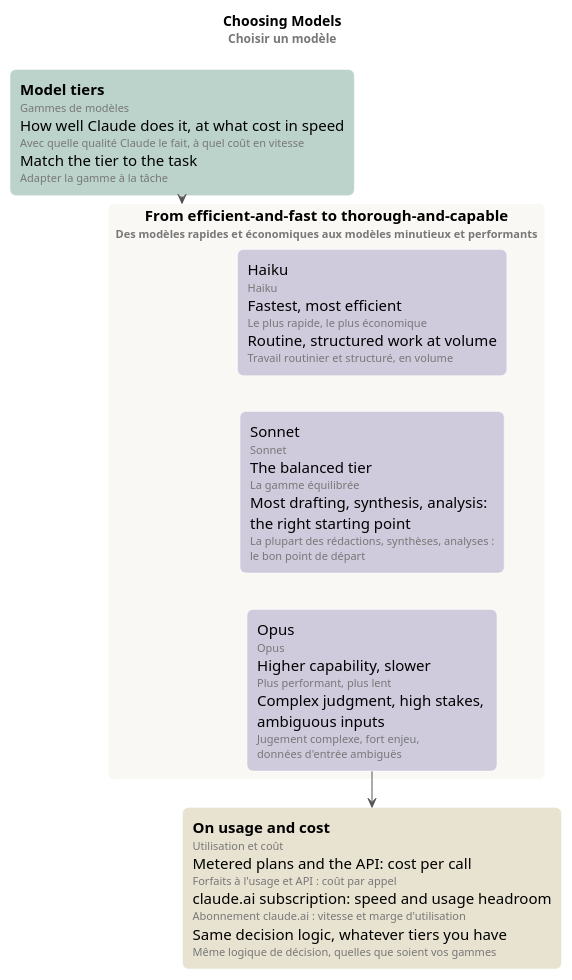
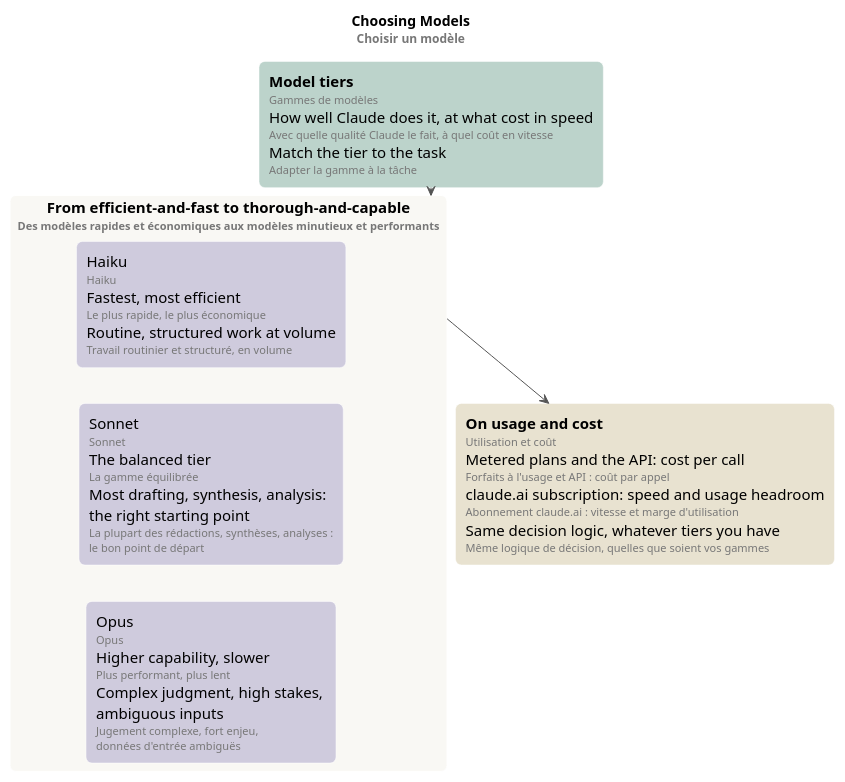
Before and after one commit to ltruchot/anthropic-academy-ai-glossary: the diagram in 03-claude-platform-and-model-foundations/mindmap/model-tiers.puml, drawn with PlantUML. The commit also changed 19 other files, not shown here.

```diff
--- a/03-claude-platform-and-model-foundations/mindmap/model-tiers.puml
+++ b/03-claude-platform-and-model-foundations/mindmap/model-tiers.puml
@@ -1,38 +1,38 @@
 @startuml model-tiers
 ' Render: java -jar plantuml.jar -tsvg model-tiers.puml (smetana: no Graphviz needed).
 !pragma layout smetana
 
 skinparam defaultFontName Helvetica
 skinparam shadowing false
 skinparam roundCorner 12
 skinparam ArrowColor #555555
 skinparam rectangle {
   BorderColor #FFFFFF
   FontSize 15
 }
 <style>
 rectangle {
   MinimumWidth 230
 }
 </style>
 
 title Choosing Models\n<size:12><color:#777>Choisir un modèle</color></size>
 
 rectangle "**Model tiers**\n<size:11><color:#777>Gammes de modèles</color></size>\nHow well Claude does it, at what cost in speed\n<size:11><color:#777>Avec quelle qualité Claude le fait, à quel coût en vitesse</color></size>\nMatch the tier to the task\n<size:11><color:#777>Adapter la gamme à la tâche</color></size>" as MT #BCD3CB
 
 rectangle "**From efficient-and-fast to thorough-and-capable**\n<size:11><color:#777>Des modèles rapides et économiques aux modèles minutieux et performants</color></size>" as RANGE #F9F8F4 {
   rectangle "Haiku\n<size:11><color:#777>Haiku</color></size>\nFastest, most efficient\n<size:11><color:#777>Le plus rapide, le plus économique</color></size>\nRoutine, structured work at volume\n<size:11><color:#777>Travail routinier et structuré, en volume</color></size>" as HA #CFCBDD
   rectangle "Sonnet\n<size:11><color:#777>Sonnet</color></size>\nThe balanced tier\n<size:11><color:#777>La gamme équilibrée</color></size>\nMost drafting, synthesis, analysis:\nthe right starting point\n<size:11><color:#777>La plupart des rédactions, synthèses, analyses :</color></size>\n<size:11><color:#777>le bon point de départ</color></size>" as SO #CFCBDD
   rectangle "Opus\n<size:11><color:#777>Opus</color></size>\nHigher capability, slower\n<size:11><color:#777>Plus performant, plus lent</color></size>\nComplex judgment, high stakes,\nambiguous inputs\n<size:11><color:#777>Jugement complexe, fort enjeu,</color></size>\n<size:11><color:#777>données d'entrée ambiguës</color></size>" as OP #CFCBDD
 }
 
 rectangle "**On usage and cost**\n<size:11><color:#777>Utilisation et coût</color></size>\nMetered plans and the API: cost per call\n<size:11><color:#777>Forfaits à l'usage et API : coût par appel</color></size>\nclaude.ai subscription: speed and usage headroom\n<size:11><color:#777>Abonnement claude.ai : vitesse et marge d'utilisation</color></size>\nSame decision logic, whatever tiers you have\n<size:11><color:#777>Même logique de décision, quelles que soient vos gammes</color></size>" as UC #E8E2D0
 
 ' The course's order, top to bottom.
 HA -[hidden]down- SO
 SO -[hidden]down- OP
 
 MT --> RANGE
-OP --> UC
+RANGE --> UC
 
 @enduml
```
